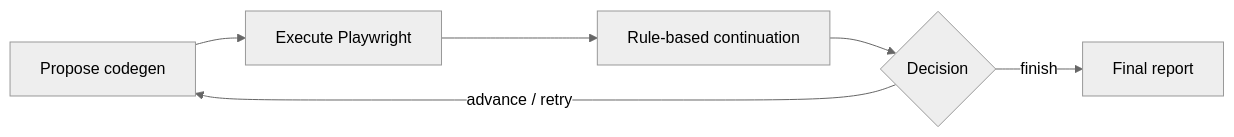
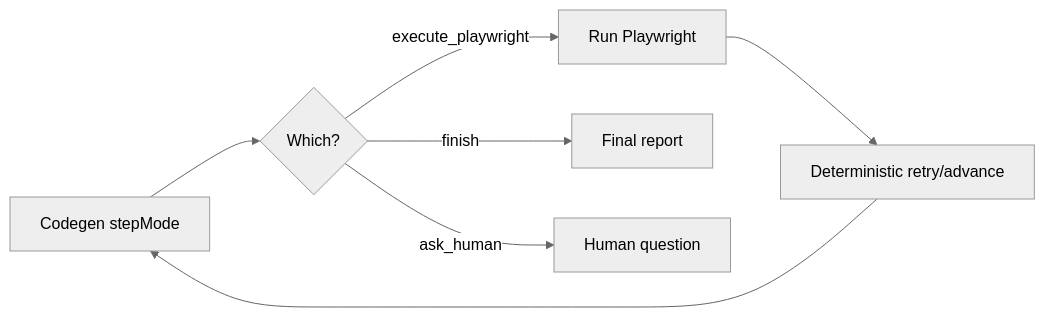
The diagram in README.md (jvinals/bladerunner), drawn with Mermaid (neutral theme) before and after one commit. The commit also changed other lines of this file and 7 other files, not shown here.

First line of the commit message:
Bump version to 0.10.230: unify evaluation codegen stepMode (execute_playwright, finish, ask_human).

````diff
--- a/README.md
+++ b/README.md
@@ -256,8 +256,9 @@
 ```mermaid
 flowchart LR
-  A[Propose codegen] --> B[Execute Playwright]
-  B --> C[Rule-based continuation]
-  C --> D{Decision}
-  D -->|advance / retry| A
-  D -->|finish| E[Final report]
+  A[Codegen stepMode] --> B{Which?}
+  B -->|execute_playwright| C[Run Playwright]
+  C --> D[Deterministic retry/advance]
+  D --> A
+  B -->|finish| E[Final report]
+  B -->|ask_human| F[Human question]
 ```
````
